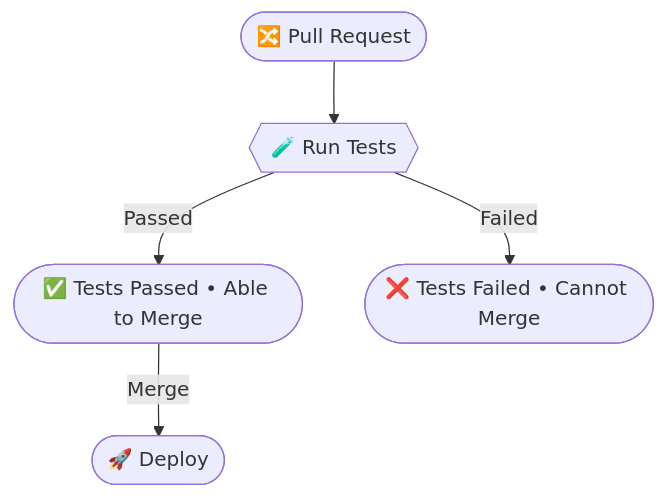
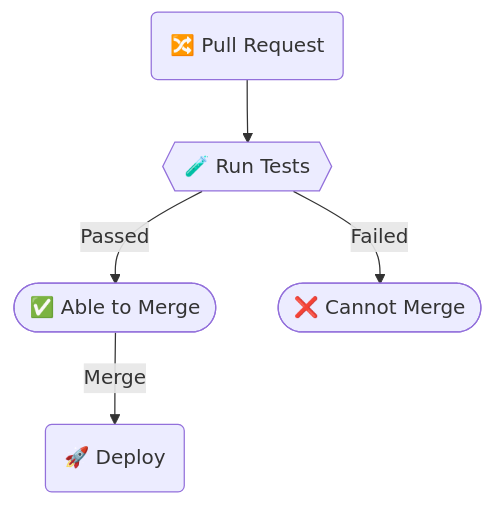
The second of 2 diagrams in README.md (LorenzoFerreyra/barbermanager), drawn with Mermaid before and after one commit. The commit also changed other lines of this file, not shown here.

Commit message:
fixed diagram [skip ci]

````diff
--- a/README.md
+++ b/README.md
@@ -380,12 +380,12 @@
 ```mermaid
 flowchart TD
-    PR([🔀 Pull Request])
+    PR(🔀 Pull Request)
     Tests{{🧪 Run Tests}}
-    Passed([✅ Tests Passed • Able to Merge])
-    Failed([❌ Tests Failed • Cannot Merge])
-    Deployment([🚀 Deploy])
+    Passed([✅ Able to Merge])
+    Failed([❌ Cannot Merge])
+    Deployment(🚀 Deploy)
     PR --> Tests
     Tests -- Passed --> Passed
     Tests -- Failed --> Failed
     Passed -- Merge --> Deployment
 ```
````
